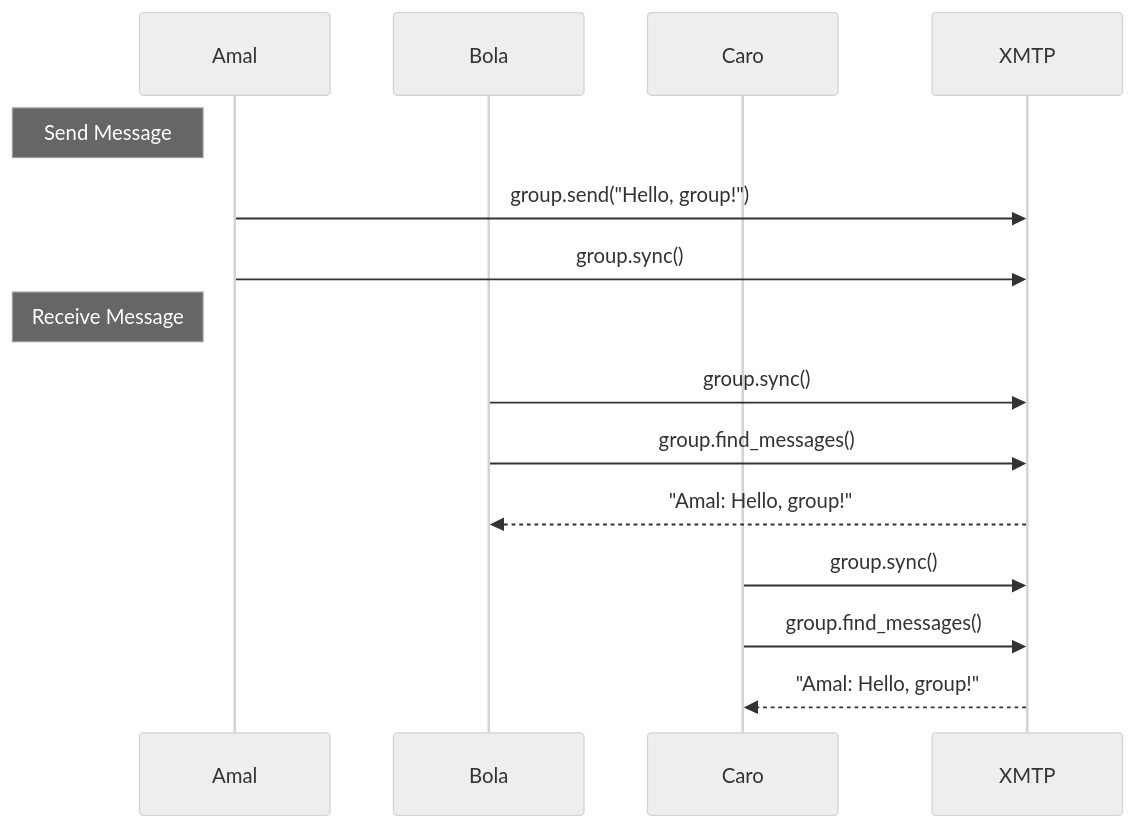
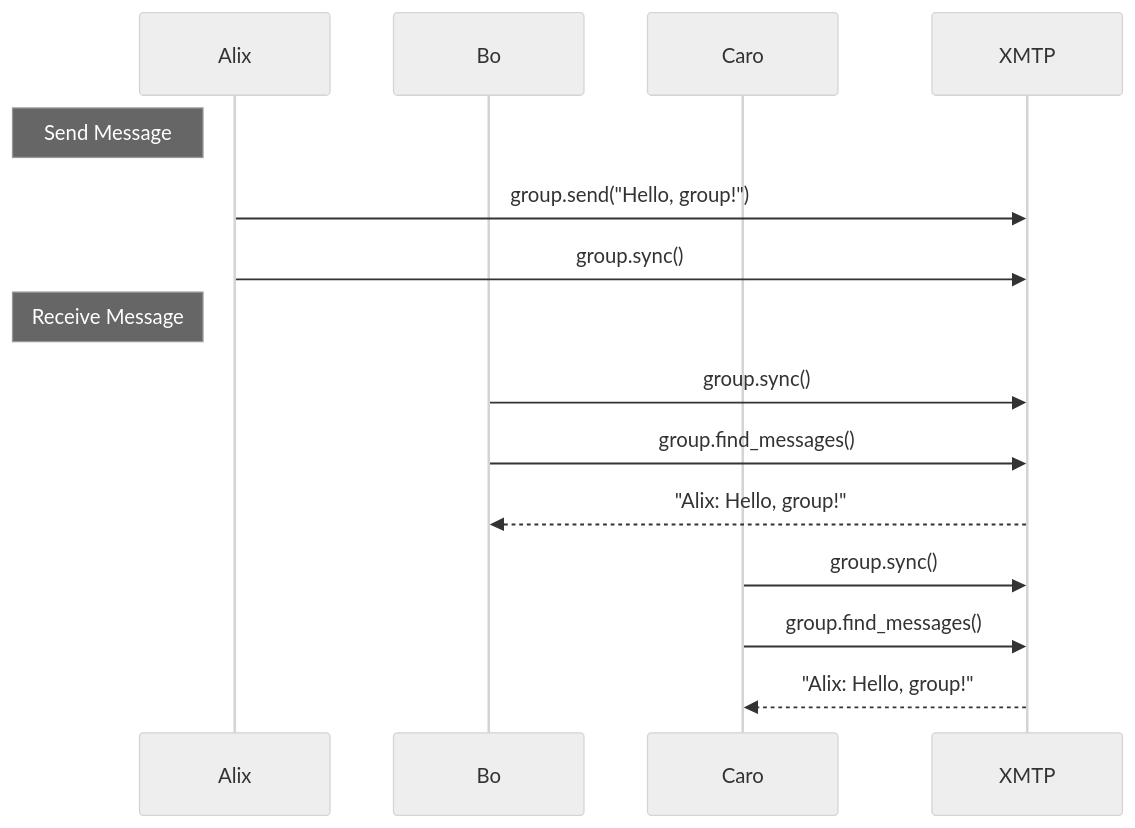
The diagram in docs/concepts/v3/mermaid/send-receive.mermaid (xmtp/xmtp-dot-org), drawn with Mermaid (neutral theme) before and after one commit. The commit also changed 6 other files, not shown here.

```diff
--- a/docs/concepts/v3/mermaid/send-receive.mermaid
+++ b/docs/concepts/v3/mermaid/send-receive.mermaid
@@ -1,18 +1,18 @@
 sequenceDiagram
-    participant Amal
-    participant Bola
+    participant Alix
+    participant Bo
     participant Caro
     participant XMTP
 
-    Note left of Amal: Send Message
-    Amal->>XMTP: group.send("Hello, group!")
-    Amal->>XMTP: group.sync()
+    Note left of Alix: Send Message
+    Alix->>XMTP: group.send("Hello, group!")
+    Alix->>XMTP: group.sync()
 
-    Note left of Amal: Receive Message
-    Bola->>XMTP: group.sync()
-    Bola->>XMTP: group.find_messages()
-    XMTP-->>Bola: "Amal: Hello, group!"
+    Note left of Alix: Receive Message
+    Bo->>XMTP: group.sync()
+    Bo->>XMTP: group.find_messages()
+    XMTP-->>Bo: "Alix: Hello, group!"
 
     Caro->>XMTP: group.sync()
     Caro->>XMTP: group.find_messages()
-    XMTP-->>Caro: "Amal: Hello, group!"
+    XMTP-->>Caro: "Alix: Hello, group!"
```
